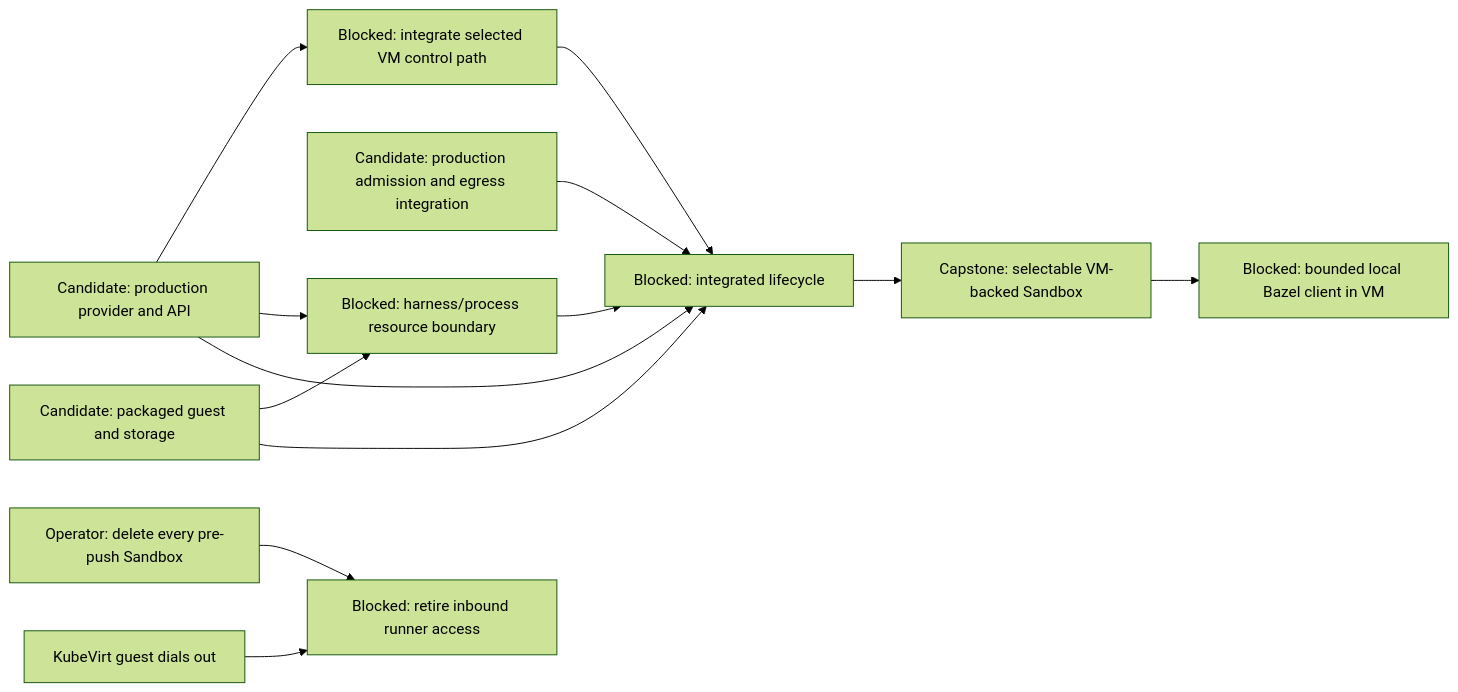
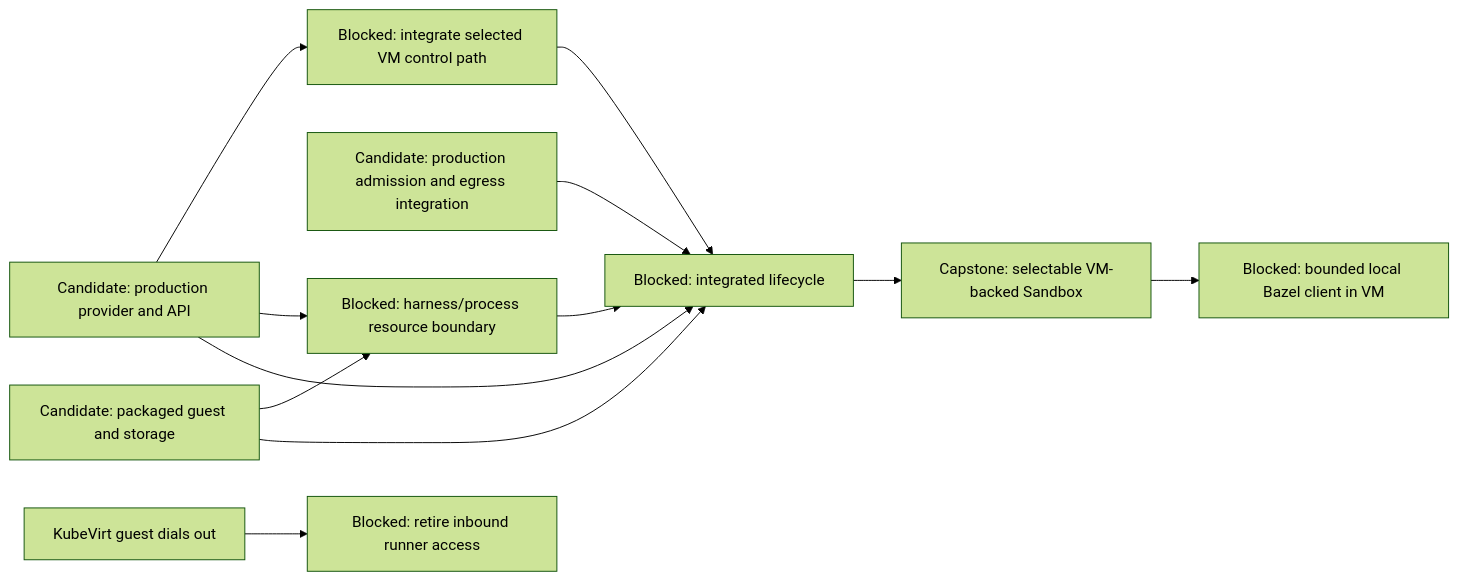
Before and after one commit to agentydragon-agent/ducktape: the sixth of 13 diagrams in agentplane/plans/task_dag.md, drawn with Mermaid (forest theme). The commit also changed other lines of this file and 22 other files, not shown here.

````diff
--- a/agentplane/plans/task_dag.md
+++ b/agentplane/plans/task_dag.md
@@ -344,22 +344,20 @@
 ```mermaid
 flowchart LR
     VM_CONTROL_NETWORKING[Blocked: integrate selected VM control path]
     VM_IMAGE[Candidate: packaged guest and storage]
     VM_PROVIDER[Candidate: production provider and API]
     VM_EGRESS[Candidate: production admission and egress integration]
     VM_PROCESS_ISOLATION[Blocked: harness/process resource boundary]
     VM_LIFECYCLE[Blocked: integrated lifecycle]
-    LEGACY_SANDBOX_RETIRE[Operator: delete every pre-push Sandbox]
-    LEGACY_SANDBOX_RETIRE --> RUNNER_INBOUND_RETIRE[Blocked: retire inbound runner access]
-    KUBEVIRT_GUEST_CONTROL[KubeVirt guest dials out] --> RUNNER_INBOUND_RETIRE
+    KUBEVIRT_GUEST_CONTROL[KubeVirt guest dials out] --> RUNNER_INBOUND_RETIRE[Blocked: retire inbound runner access]
     VM_PROVIDER --> VM_CONTROL_NETWORKING
     VM_CONTROL_NETWORKING --> VM_LIFECYCLE
     VM_IMAGE --> VM_PROCESS_ISOLATION
     VM_PROVIDER --> VM_PROCESS_ISOLATION
     VM_IMAGE --> VM_LIFECYCLE
     VM_PROVIDER --> VM_LIFECYCLE
     VM_EGRESS --> VM_LIFECYCLE
     VM_PROCESS_ISOLATION --> VM_LIFECYCLE
     VM_LIFECYCLE --> SANDBOX_VM_ISOLATION[Capstone: selectable VM-backed Sandbox]
     SANDBOX_VM_ISOLATION --> LOCAL_BAZEL[Blocked: bounded local Bazel client in VM]
 ```
````
